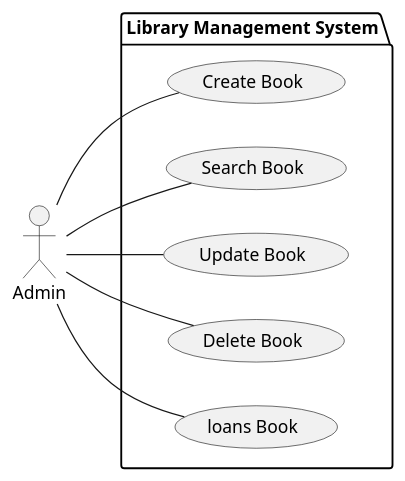
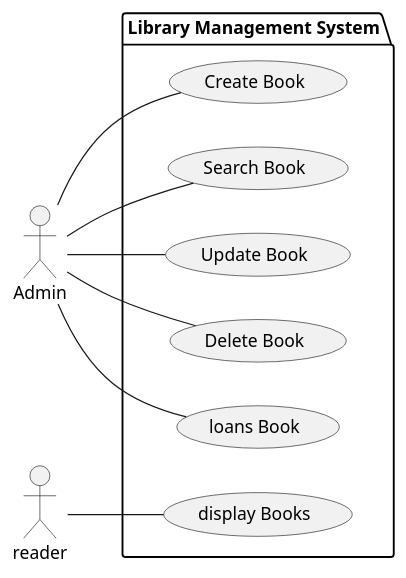
The diagram in PDO/analyse.puml (Aminebennani1/sas3), drawn with PlantUML before and after one commit.

```diff
--- a/PDO/analyse.puml
+++ b/PDO/analyse.puml
@@ -1,20 +1,28 @@
 @startuml Library Management System
 
 left to right direction
 actor "Admin" as admin
+actor "reader" as reader
+
 
 package "Library Management System" {
   usecase "Create Book" as UC1
   usecase "Search Book" as UC2
   usecase "Update Book" as UC3
   usecase "Delete Book" as UC4
   usecase "loans Book" as UC5
   
 }
+package "Library Management System" {
+  usecase "display Books" as UC7
+  
+}
+
 
 admin -- UC1
 admin -- UC2
 admin -- UC3
 admin -- UC4
 admin -- UC5
+reader -- UC7
 @enduml
```
